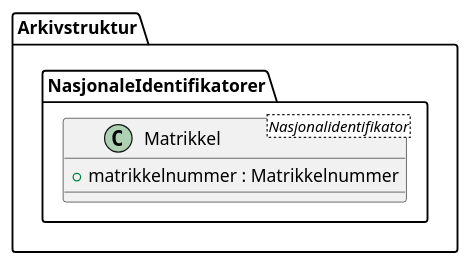
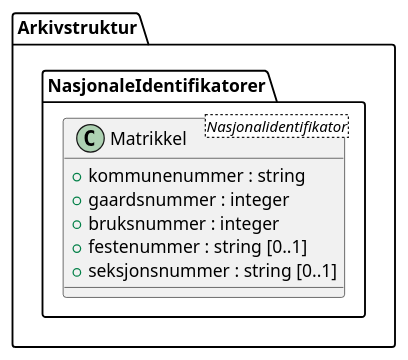
Before and after one commit to arkivverket/noark5-tjenestegrensesnitt-standard: the diagram in kapitler/media/uml-class-matrikkel.iuml, drawn with PlantUML. The commit also changed 14 other files, not shown here.

```diff
--- a/kapitler/media/uml-class-matrikkel.iuml
+++ b/kapitler/media/uml-class-matrikkel.iuml
@@ -1,5 +1,9 @@
 @startuml
 class Arkivstruktur.NasjonaleIdentifikatorer.Matrikkel <Nasjonalidentifikator> {
-  +matrikkelnummer : Matrikkelnummer
+  +kommunenummer : string
+  +gaardsnummer : integer
+  +bruksnummer : integer
+  +festenummer : string [0..1]
+  +seksjonsnummer : string [0..1]
 }
 @enduml
```
